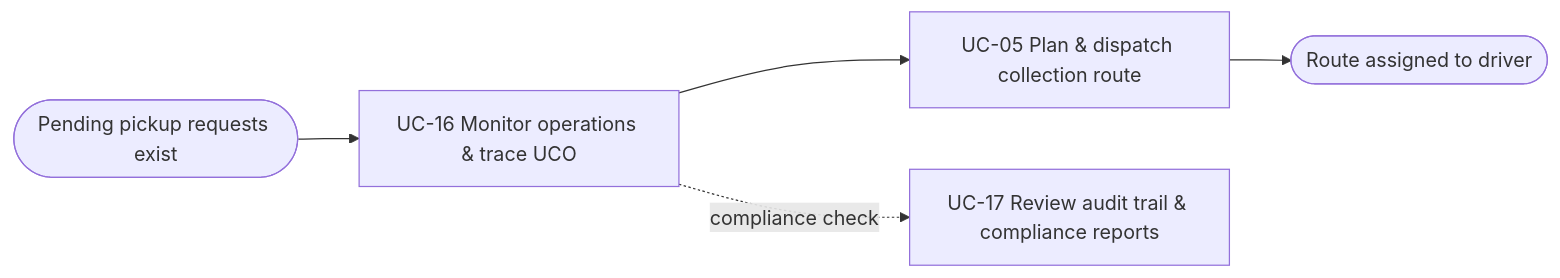
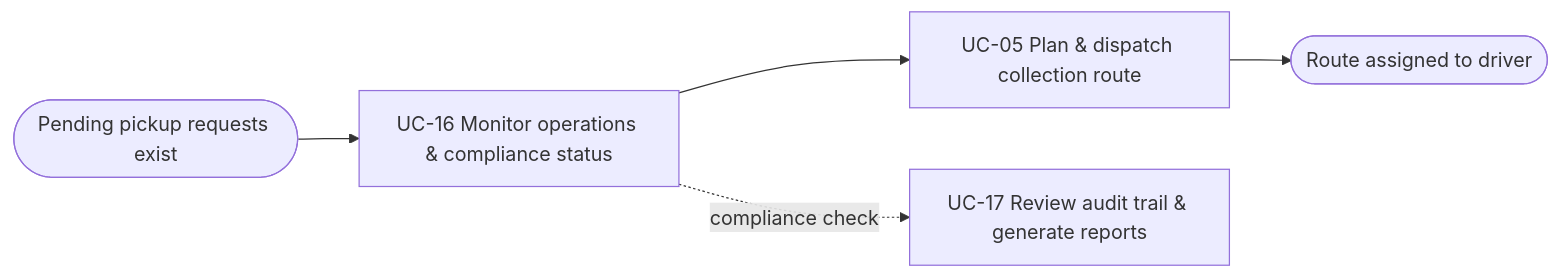
One commit to thuyvicbh-alt/DBIZ2---GROUP-D changed the fifth of 5 diagrams in docs/external-design/usage-flow.md. Above: the diagram before and after it, drawn with Mermaid. The commit also changed other lines of this file, not shown here.

````diff
--- a/docs/external-design/usage-flow.md
+++ b/docs/external-design/usage-flow.md
@@ -76,7 +90,7 @@
 ```mermaid
 flowchart LR
-  A(["Pending pickup requests exist"]) --> U16["UC-16 Monitor operations & trace UCO"]
+  A(["Pending pickup requests exist"]) --> U16["UC-16 Monitor operations & compliance status"]
   U16 --> U5["UC-05 Plan & dispatch collection route"]
   U5 --> Z(["Route assigned to driver"])
-  U16 -.->|"compliance check"| U17["UC-17 Review audit trail & compliance reports"]
+  U16 -.->|"compliance check"| U17["UC-17 Review audit trail & generate reports"]
 ```
````
